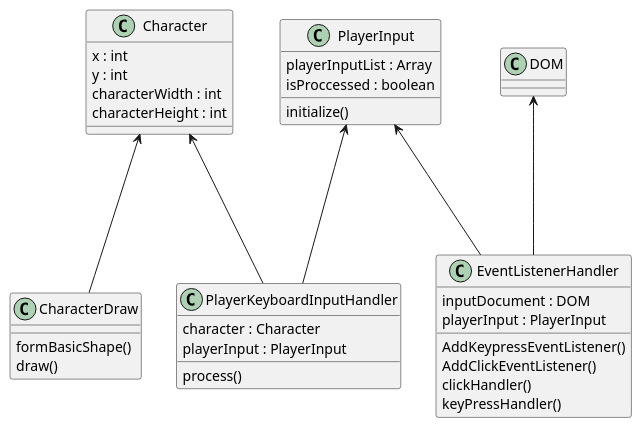
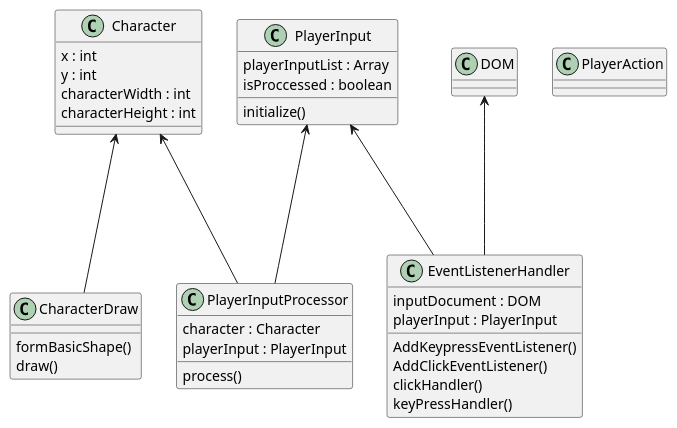
Before and after one commit to willy418785/PCG: the diagram in doc/class diagram.puml, drawn with PlantUML.

Commit message:
update class diagram

```diff
--- a/doc/class diagram.puml
+++ b/doc/class diagram.puml
@@ -1,58 +1,61 @@
 @startuml
 ' left to right direction
 ' skinparam linetype polyline
 
 '' Classes
 class DOM
 class Character{
     x : int
     y : int
     characterWidth : int
     characterHeight : int
 }
 class CharacterDraw{
     formBasicShape()
     draw()
 }
 class EventListenerHandler{
     inputDocument : DOM
     playerInput : PlayerInput
     AddKeypressEventListener()
     AddClickEventListener()
     clickHandler()
     keyPressHandler()
 }
 class PlayerInput{
     playerInputList : Array
     isProccessed : boolean
     initialize()
 }
-class PlayerKeyboardInputHandler{
+class PlayerInputProcessor{
     character : Character
     playerInput : PlayerInput
     process()
 }
+class PlayerAction{
+
+}
 '' relationship
-CharacterDraw --up-> Character
+CharacterDraw --up-> Character 
 EventListenerHandler --up-> PlayerInput
 EventListenerHandler --up-> DOM
-PlayerKeyboardInputHandler --up-> PlayerInput
-PlayerKeyboardInputHandler  --up-> Character
+PlayerInputProcessor --up-> PlayerInput
+PlayerInputProcessor  --up-> Character
 
 ' layout
 ' DOM -[hidden]- PlayerInput
 ' DOM -[hidden]- PlayerInput
 ' DOM -[hidden]- PlayerInput
 ' DOM -[hidden]- PlayerInput
 ' DOM -[hidden]- PlayerInput
 ' Character -[hidden]- DOM
 ' Character -[hidden]- DOM
 ' Character -[hidden]- DOM
 ' Character -[hidden]- DOM
 ' DOM -[hidden]- DOM
-' CharacterDraw -right[hidden]- PlayerKeyboardInputHandler
-' PlayerKeyboardInputHandler -left[hidden]- CharacterDraw
-' PlayerKeyboardInputHandler -left[hidden]- CharacterDraw
-' PlayerKeyboardInputHandler -left[hidden]- CharacterDraw
-' EventListenerHandler -[hidden]- PlayerKeyboardInputHandler
+' CharacterDraw -right[hidden]- PlayerInputProcessor
+' PlayerInputProcessor -left[hidden]- CharacterDraw
+' PlayerInputProcessor -left[hidden]- CharacterDraw
+' PlayerInputProcessor -left[hidden]- CharacterDraw
+' EventListenerHandler -[hidden]- PlayerInputProcessor
 @enduml
```
